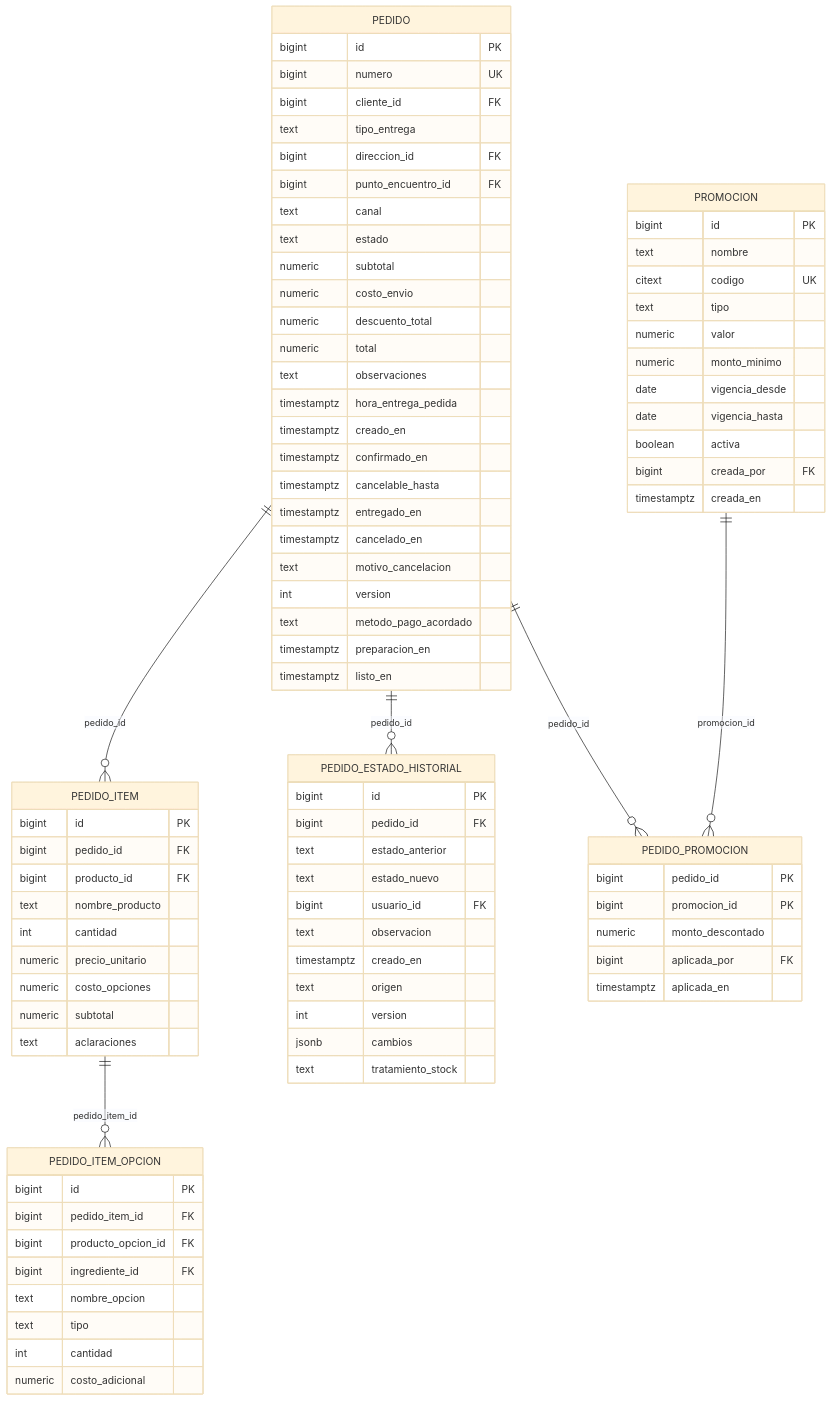
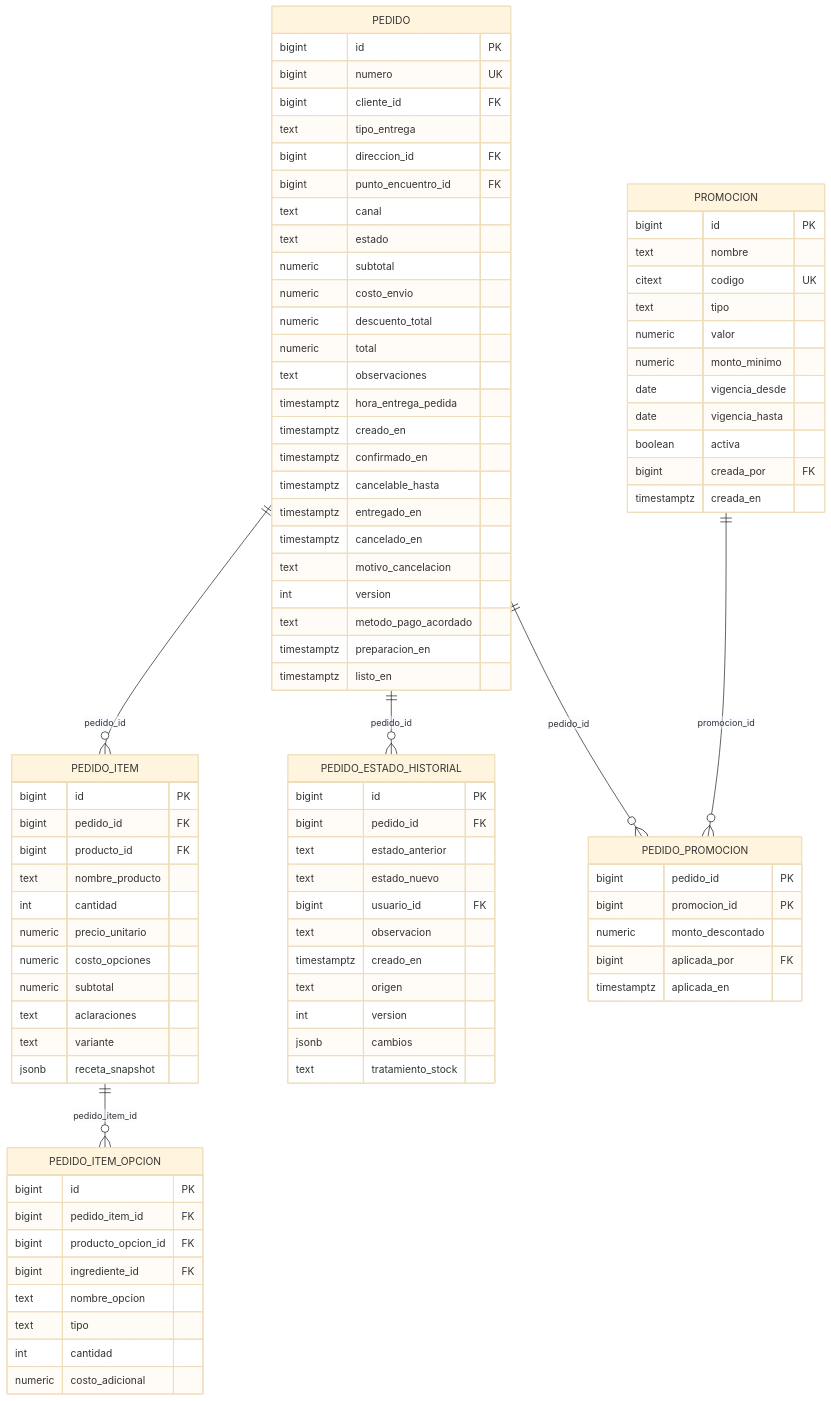
The fourth of 12 diagrams in docs/DER.md (Ignapag/Proyecto---Seminario-Integrador-2026), drawn with Mermaid (base theme) before and after one commit. The commit also changed other lines of this file and 34 other files, not shown here.

```diff
--- a/docs/DER.md
+++ b/docs/DER.md
@@ -321,6 +323,8 @@
         numeric costo_opciones
         numeric subtotal
         text aclaraciones
+        text variante
+        jsonb receta_snapshot
     }
     PEDIDO_ITEM_OPCION {
         bigint id PK
```
